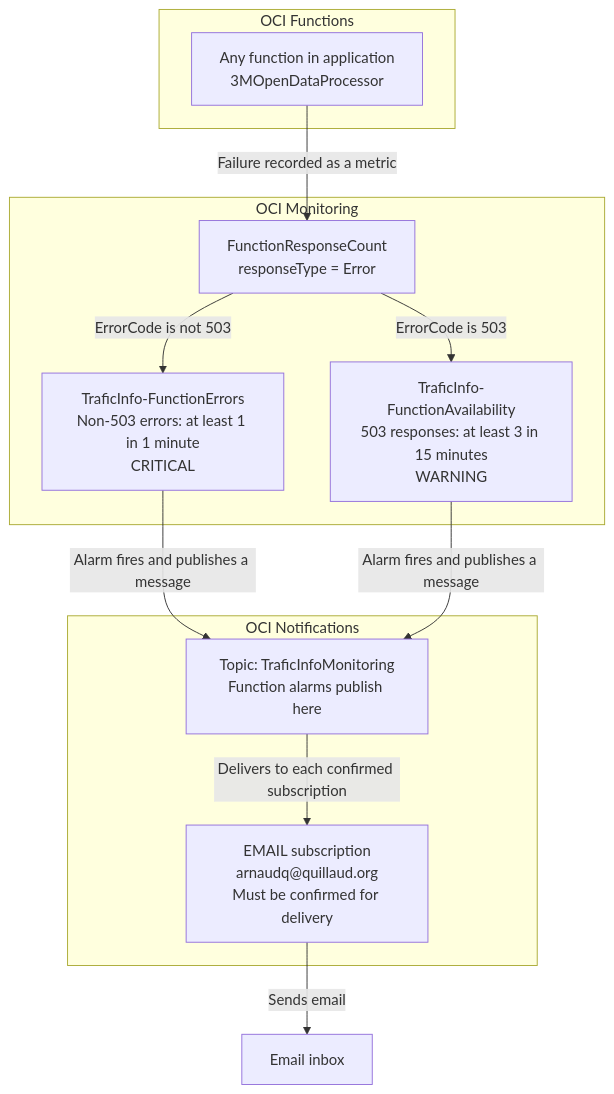
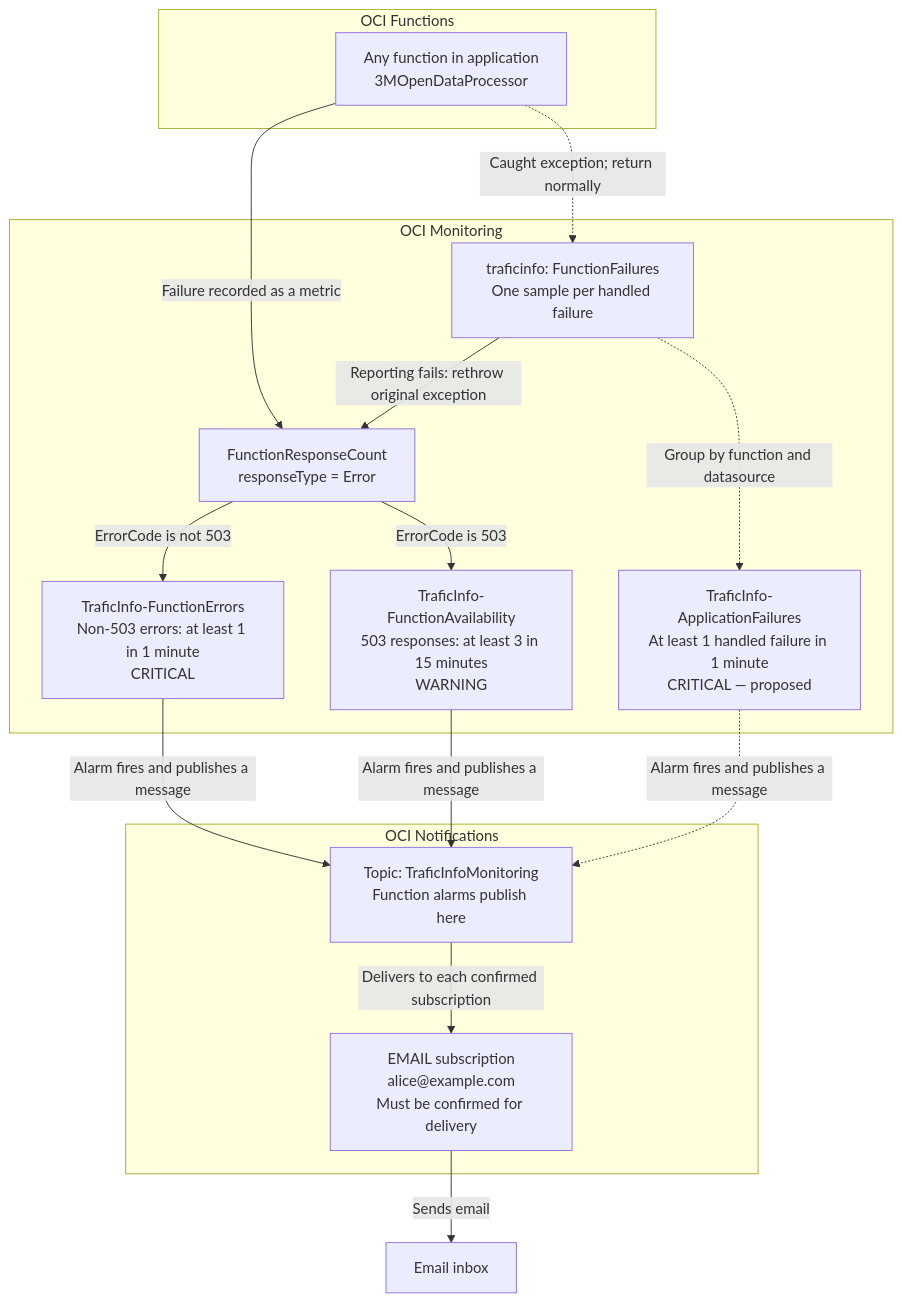
One commit to arnaudq/traficinfo changed the diagram in specs/monitoring.md. Above: the diagram before and after it, drawn with Mermaid. The commit also changed other lines of this file and 16 other files, not shown here.

Commit message:
Handle function exceptions through shared failure monitoring

````diff
--- a/specs/monitoring.md
+++ b/specs/monitoring.md
@@ -164,27 +215,33 @@
 ```mermaid
 flowchart TD
     subgraph functions["OCI Functions"]
         F["Any function in application<br/>3MOpenDataProcessor"]
     end
 
     subgraph monitoring["OCI Monitoring"]
         M["FunctionResponseCount<br/>responseType = Error"]
         A["TraficInfo-FunctionErrors<br/>Non-503 errors: at least 1 in 1 minute<br/>CRITICAL"]
         B["TraficInfo-FunctionAvailability<br/>503 responses: at least 3 in 15 minutes<br/>WARNING"]
+        C["traficinfo: FunctionFailures<br/>One sample per handled failure"]
+        D["TraficInfo-ApplicationFailures<br/>At least 1 handled failure in 1 minute<br/>CRITICAL — proposed"]
     end
 
     subgraph notifications["OCI Notifications"]
         T["Topic: TraficInfoMonitoring<br/>Function alarms publish here"]
-        S["EMAIL subscription<br/>arnaudq@quillaud.org<br/>Must be confirmed for delivery"]
+        S["EMAIL subscription<br/>alice@example.com<br/>Must be confirmed for delivery"]
     end
 
     E["Email inbox"]
 
     F -->|"Failure recorded as a metric"| M
     M -->|"ErrorCode is not 503"| A
     M -->|"ErrorCode is 503"| B
     A -->|"Alarm fires and publishes a message"| T
     B -->|"Alarm fires and publishes a message"| T
+    F -.->|"Caught exception; return normally"| C
+    C -.->|"Group by function and datasource"| D
+    C -->|"Reporting fails: rethrow original exception"| M
+    D -.->|"Alarm fires and publishes a message"| T
     T -->|"Delivers to each confirmed subscription"| S
     S -->|"Sends email"| E
 ```
````
